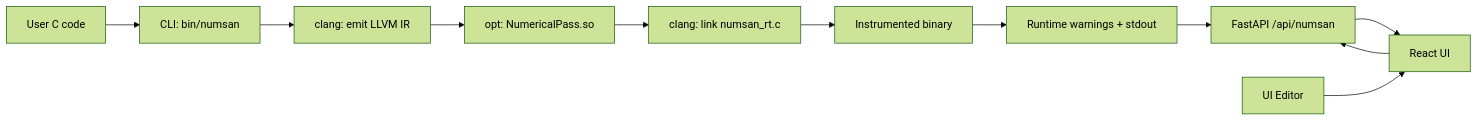
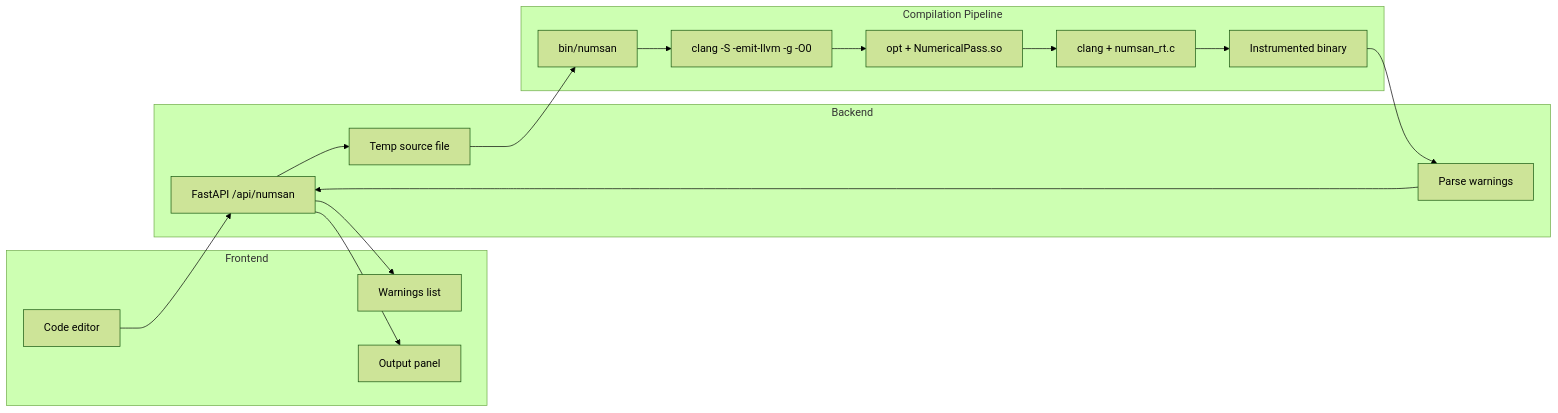
Before and after one commit to ishan-sp/cdlabel: the diagram in DESIGN.md, drawn with Mermaid (forest theme).

Commit message:
modified Design

````diff
--- a/DESIGN.md
+++ b/DESIGN.md
@@ -16,14 +16,30 @@
 ```mermaid
 flowchart LR
-	A[User C code] --> B[CLI: bin/numsan]
-	B --> C[clang: emit LLVM IR]
-	C --> D[opt: NumericalPass.so]
-	D --> E[clang: link numsan_rt.c]
-	E --> F[Instrumented binary]
-	F --> G[Runtime warnings + stdout]
-	G --> H[FastAPI /api/numsan]
-	H --> I[React UI]
+	subgraph UI[Frontend]
+		UIE[Code editor]
+		UIW[Warnings list]
+		UIO[Output panel]
+	end
 
-	J[UI Editor] --> I
-	I --> H
+	subgraph API[Backend]
+		APIF[FastAPI /api/numsan]
+		PARSE[Parse warnings]
+		TMP[Temp source file]
+	end
+
+	subgraph COMP[Compilation Pipeline]
+		WRAP[bin/numsan]
+		C1[clang -S -emit-llvm -g -O0]
+		OPT[opt + NumericalPass.so]
+		LINK[clang + numsan_rt.c]
+		BIN[Instrumented binary]
+	end
+
+	UIE --> APIF
+	APIF --> TMP
+	TMP --> WRAP
+	WRAP --> C1 --> OPT --> LINK --> BIN
+	BIN --> PARSE --> APIF
+	APIF --> UIW
+	APIF --> UIO
 ```
````
